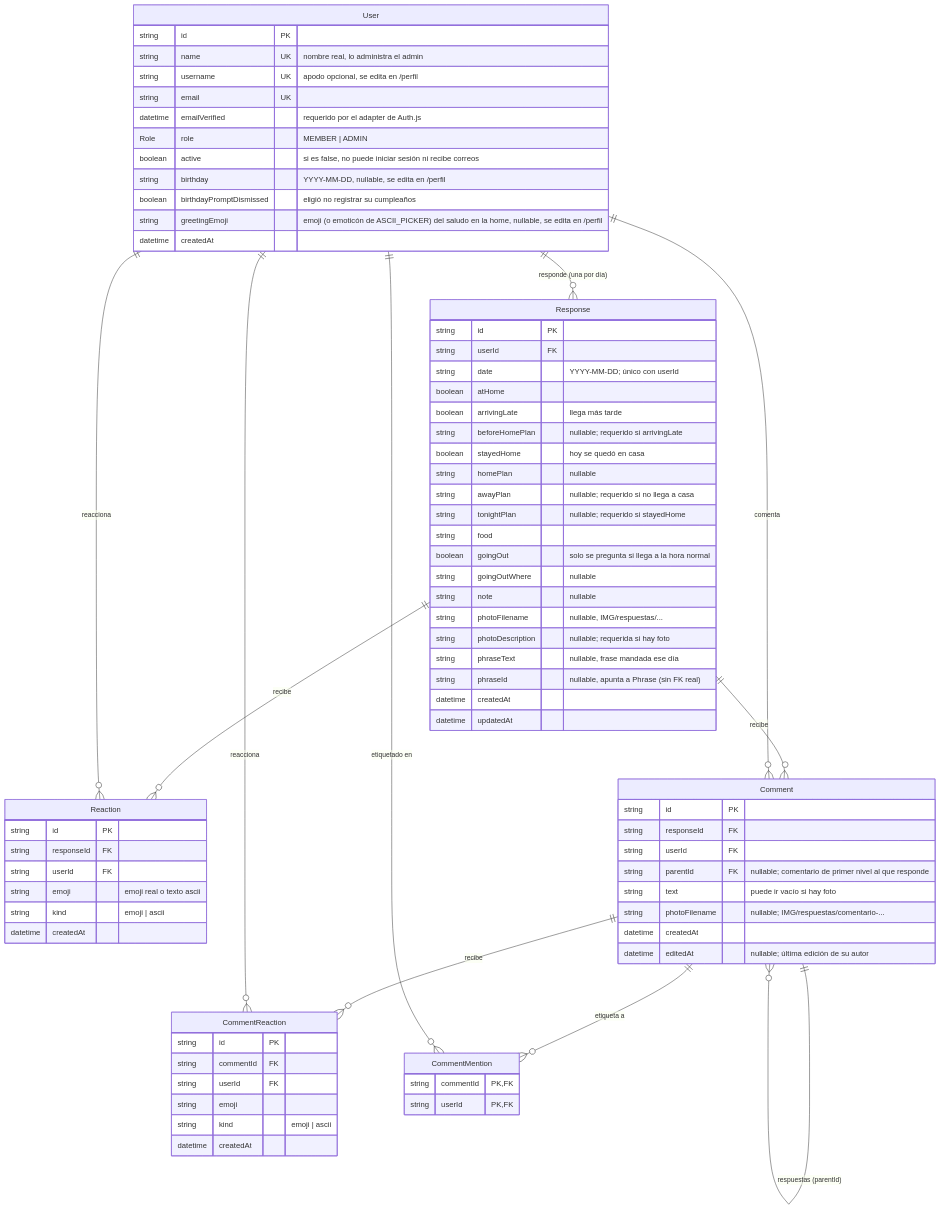
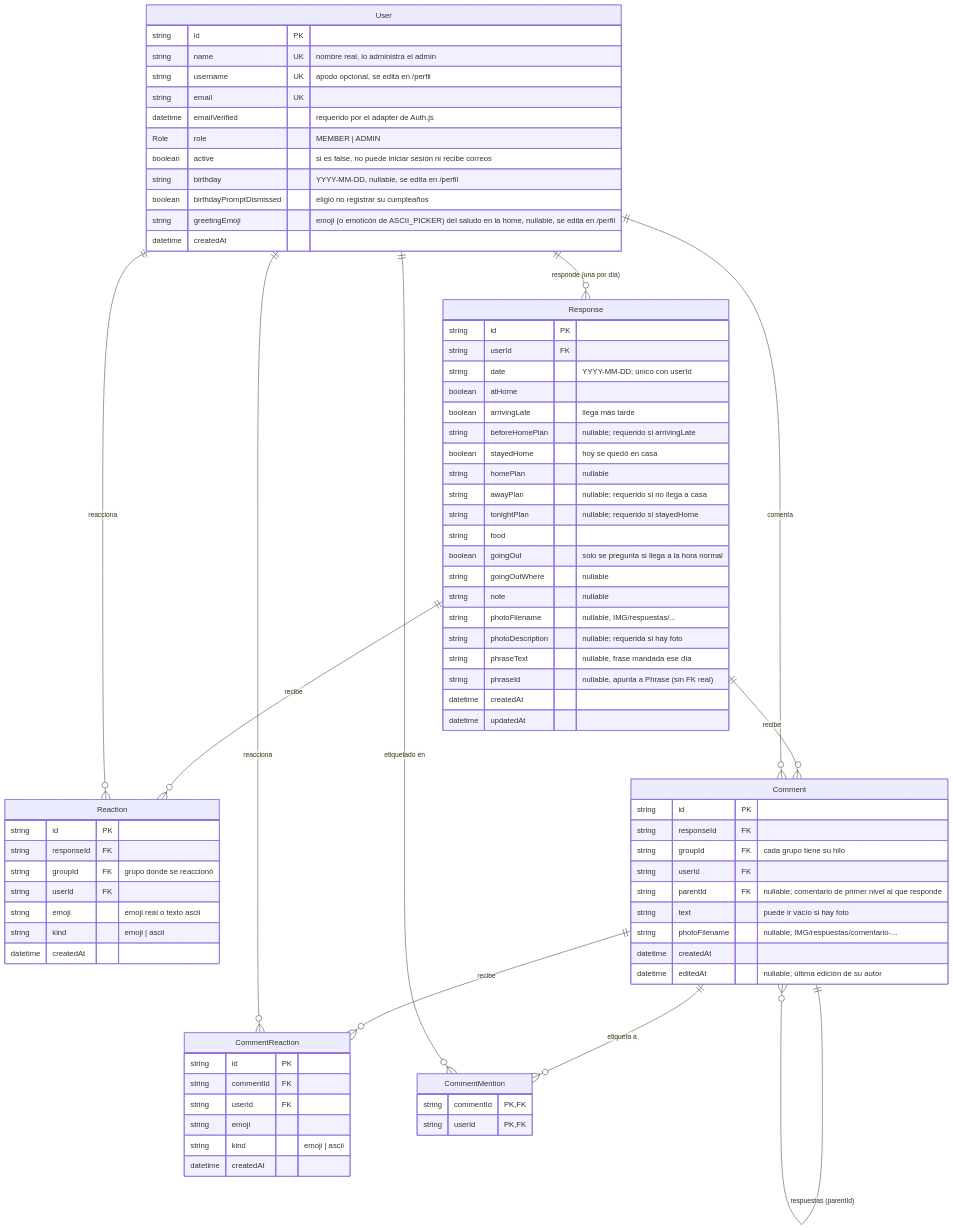
The first of 4 diagrams in docs/BASE-DE-DATOS.md (rominavc99/wygh-public), drawn with Mermaid before and after one commit. The commit also changed other lines of this file and 105 other files, not shown here.

```diff
--- a/docs/BASE-DE-DATOS.md
+++ b/docs/BASE-DE-DATOS.md
@@ -69,6 +69,7 @@
     Reaction {
         string id PK
         string responseId FK
+        string groupId FK "grupo donde se reaccionó"
         string userId FK
         string emoji "emoji real o texto ascii"
         string kind "emoji | ascii"
@@ -78,6 +79,7 @@
     Comment {
         string id PK
         string responseId FK
+        string groupId FK "cada grupo tiene su hilo"
         string userId FK
         string parentId FK "nullable; comentario de primer nivel al que responde"
         string text "puede ir vacío si hay foto"
```
